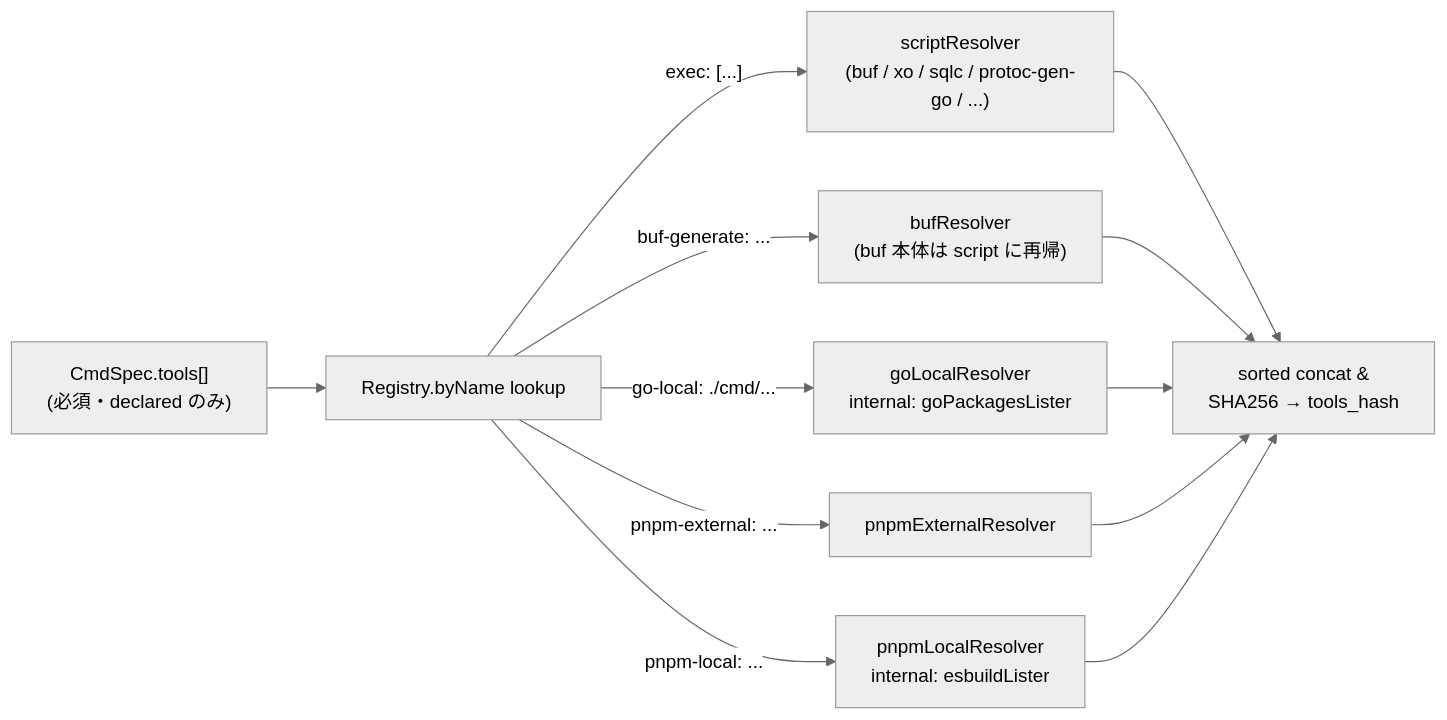
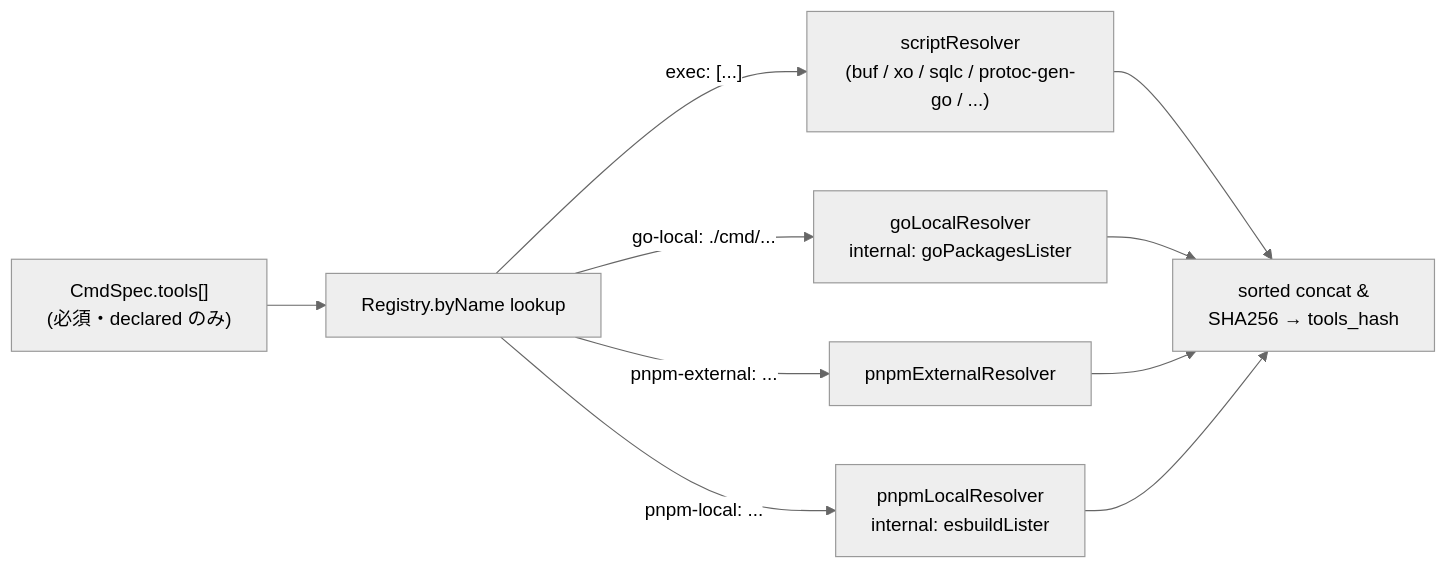
Before and after one commit to izumin5210/sloff: the second of 3 diagrams in docs/design/architecture.md, drawn with Mermaid (neutral theme). The commit also changed other lines of this file and 2 other files, not shown here.

First line of the commit message:
docs(adr): lazygen does not special-case buf (#9)

````diff
--- a/docs/design/architecture.md
+++ b/docs/design/architecture.md
@@ -314,14 +317,12 @@
 ```mermaid
 flowchart LR
     SPEC["CmdSpec.tools[]<br/>(必須・declared のみ)"] --> DISP["Registry.byName lookup"]
     DISP -->|"exec: [...]"| SCRIPT["scriptResolver<br/>(buf / xo / sqlc / protoc-gen-go / ...)"]
-    DISP -->|"buf-generate: ..."| BUF["bufResolver<br/>(buf 本体は script に再帰)"]
     DISP -->|"go-local: ./cmd/..."| GOLOC["goLocalResolver<br/>internal: goPackagesLister"]
     DISP -->|"pnpm-external: ..."| PNPMEXT["pnpmExternalResolver"]
     DISP -->|"pnpm-local: ..."| PNPMLOC["pnpmLocalResolver<br/>internal: esbuildLister"]
     SCRIPT --> CONCAT["sorted concat &<br/>SHA256 → tools_hash"]
-    BUF --> CONCAT
     GOLOC --> CONCAT
     PNPMEXT --> CONCAT
     PNPMLOC --> CONCAT
 ```
````
